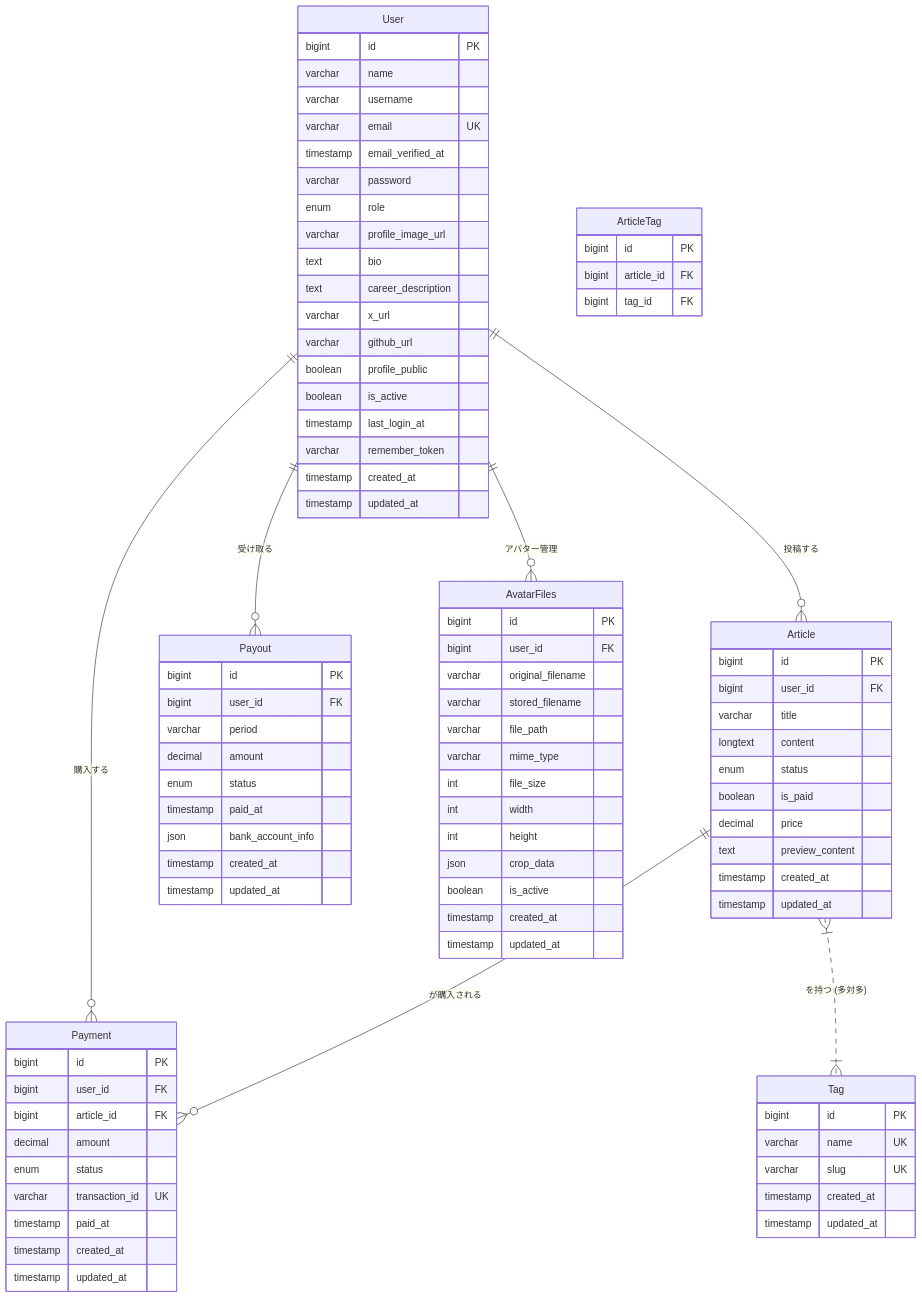
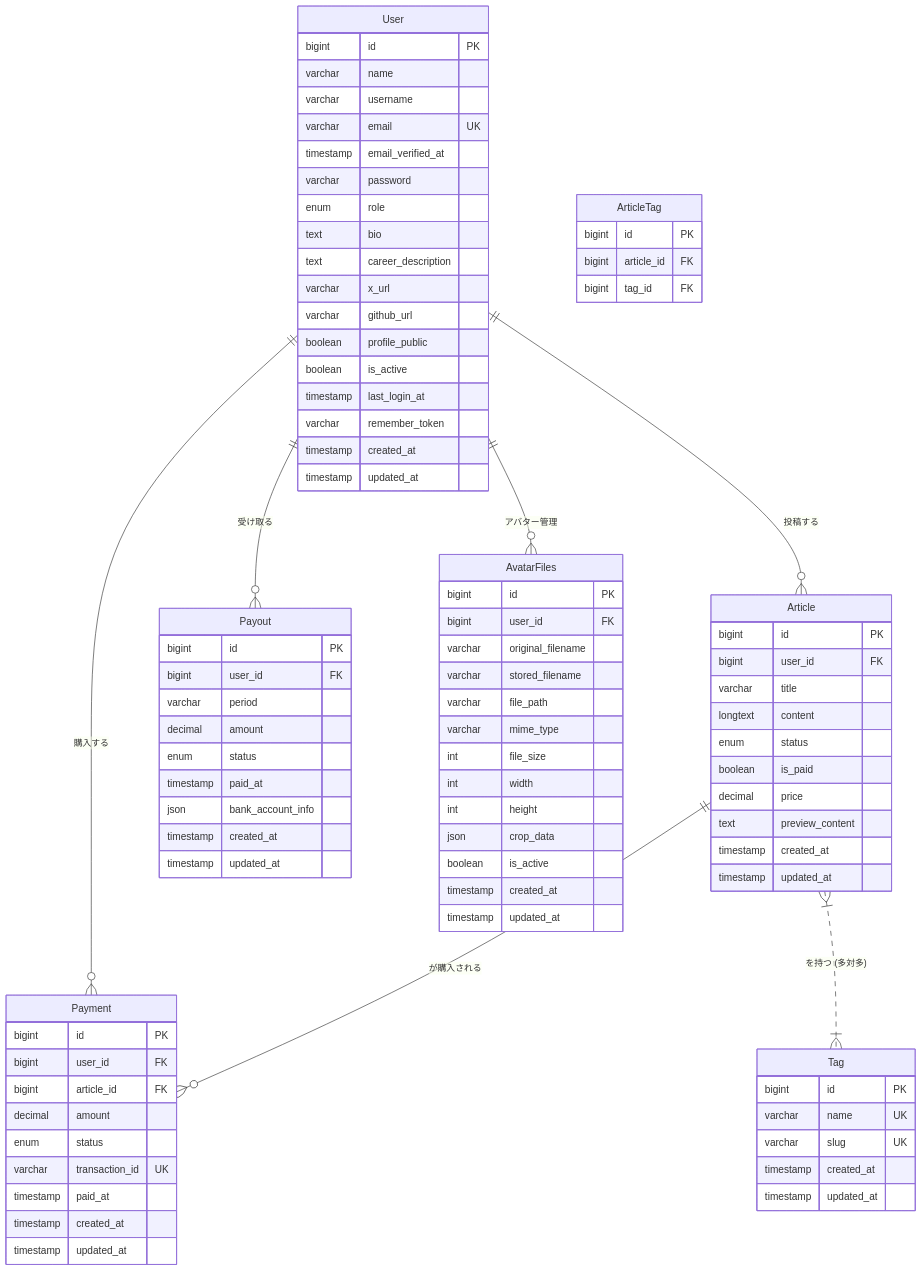
Before and after one commit to motowo/md_blog: the first of 3 diagrams in docs/design.md, drawn with Mermaid. The commit also changed other lines of this file and 10 other files, not shown here.

```diff
--- a/docs/design.md
+++ b/docs/design.md
@@ -136,7 +135,6 @@
         timestamp email_verified_at
         varchar password
         enum role
-        varchar profile_image_url
         text bio
         text career_description
         varchar x_url
```
